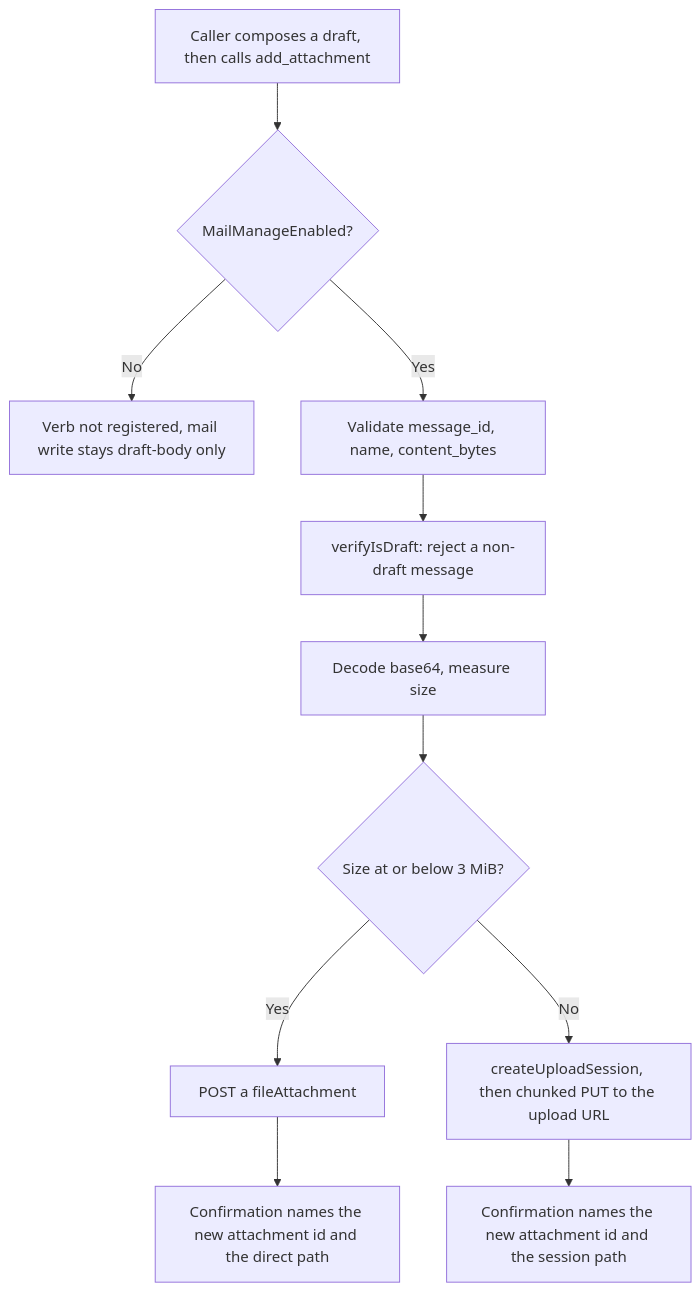
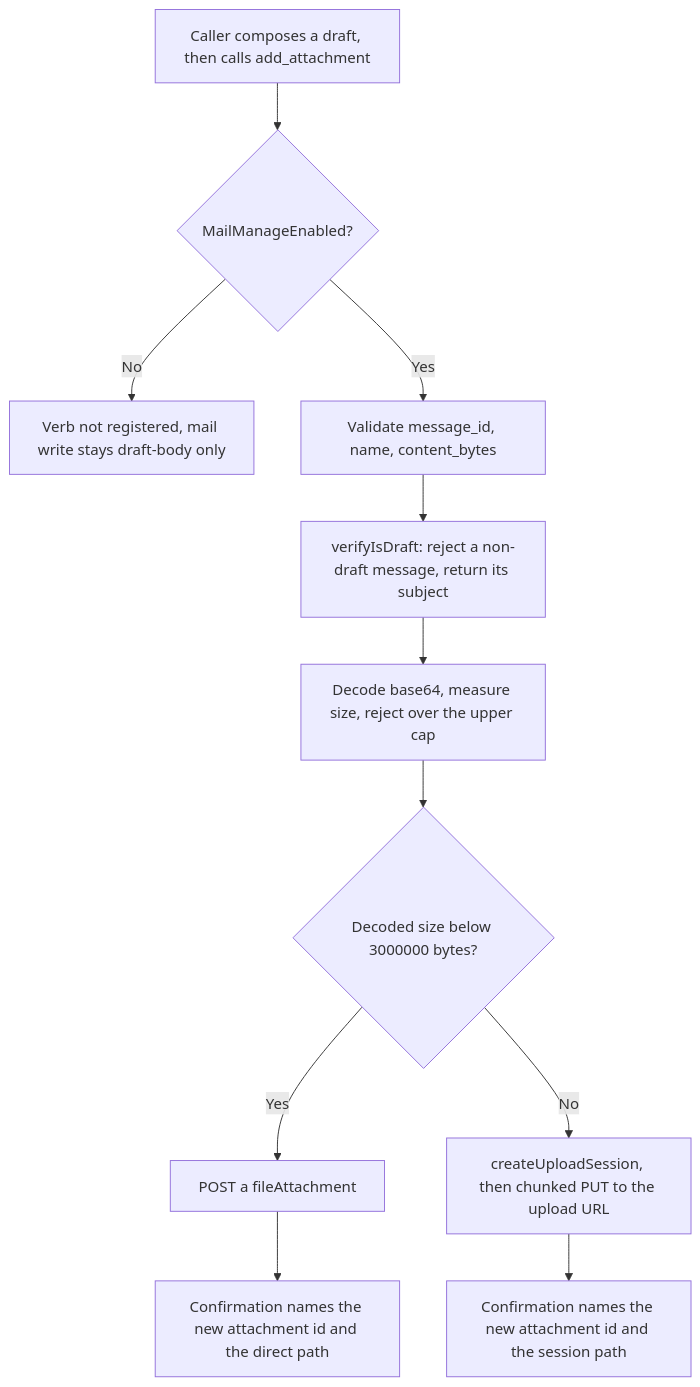
One commit to desek/outlook-local-mcp changed the second of 3 diagrams in docs/cr/CR-0079-mail-draft-attachments.md. Above: the diagram before and after it, drawn with Mermaid. The commit also changed other lines of this file and 1 other file, not shown here.

````diff
--- a/docs/cr/CR-0079-mail-draft-attachments.md
+++ b/docs/cr/CR-0079-mail-draft-attachments.md
@@ -249,13 +297,13 @@
 ```mermaid
 flowchart TD
     A["Caller composes a draft, then calls add_attachment"] --> B{"MailManageEnabled?"}
     B -->|"No"| C["Verb not registered, mail write stays draft-body only"]
     B -->|"Yes"| D["Validate message_id, name, content_bytes"]
-    D --> E["verifyIsDraft: reject a non-draft message"]
-    E --> F["Decode base64, measure size"]
-    F --> G{"Size at or below 3 MiB?"}
+    D --> E["verifyIsDraft: reject a non-draft message, return its subject"]
+    E --> F["Decode base64, measure size, reject over the upper cap"]
+    F --> G{"Decoded size below 3000000 bytes?"}
     G -->|"Yes"| H["POST a fileAttachment"]
     G -->|"No"| I["createUploadSession, then chunked PUT to the upload URL"]
     H --> J["Confirmation names the new attachment id and the direct path"]
     I --> K["Confirmation names the new attachment id and the session path"]
 ```
````
